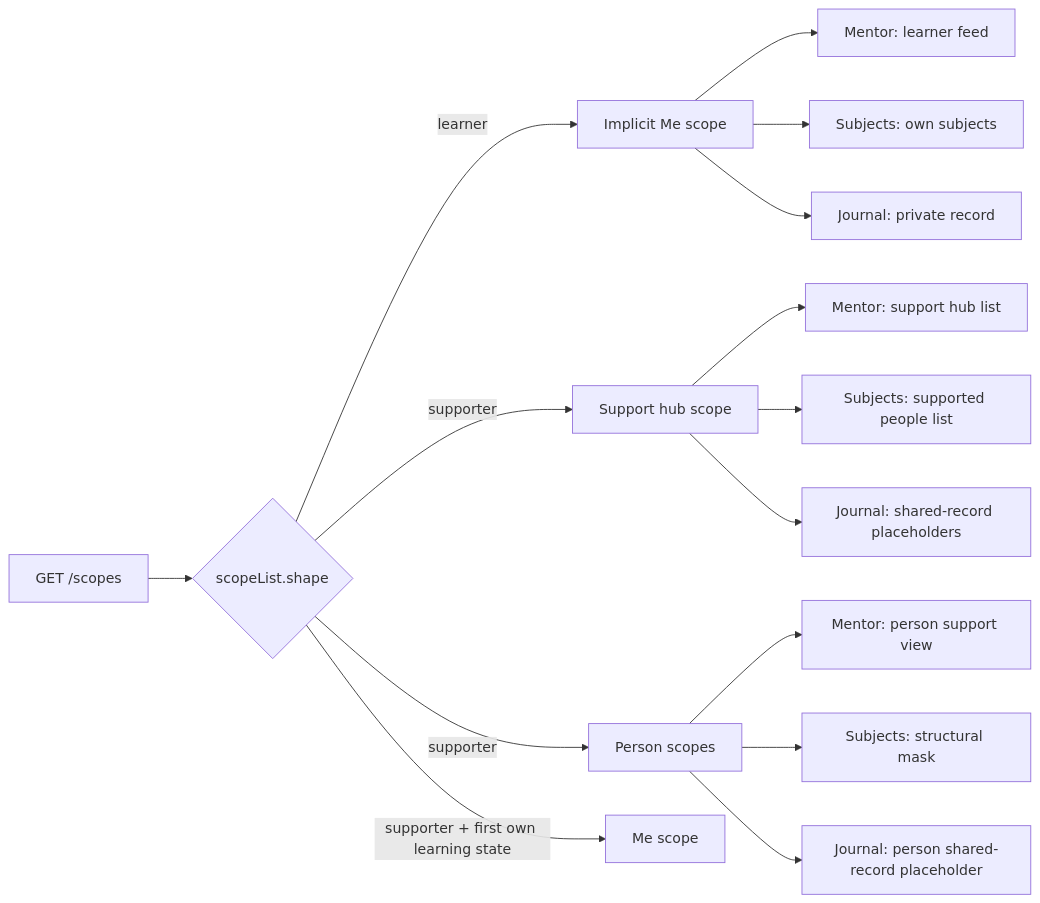
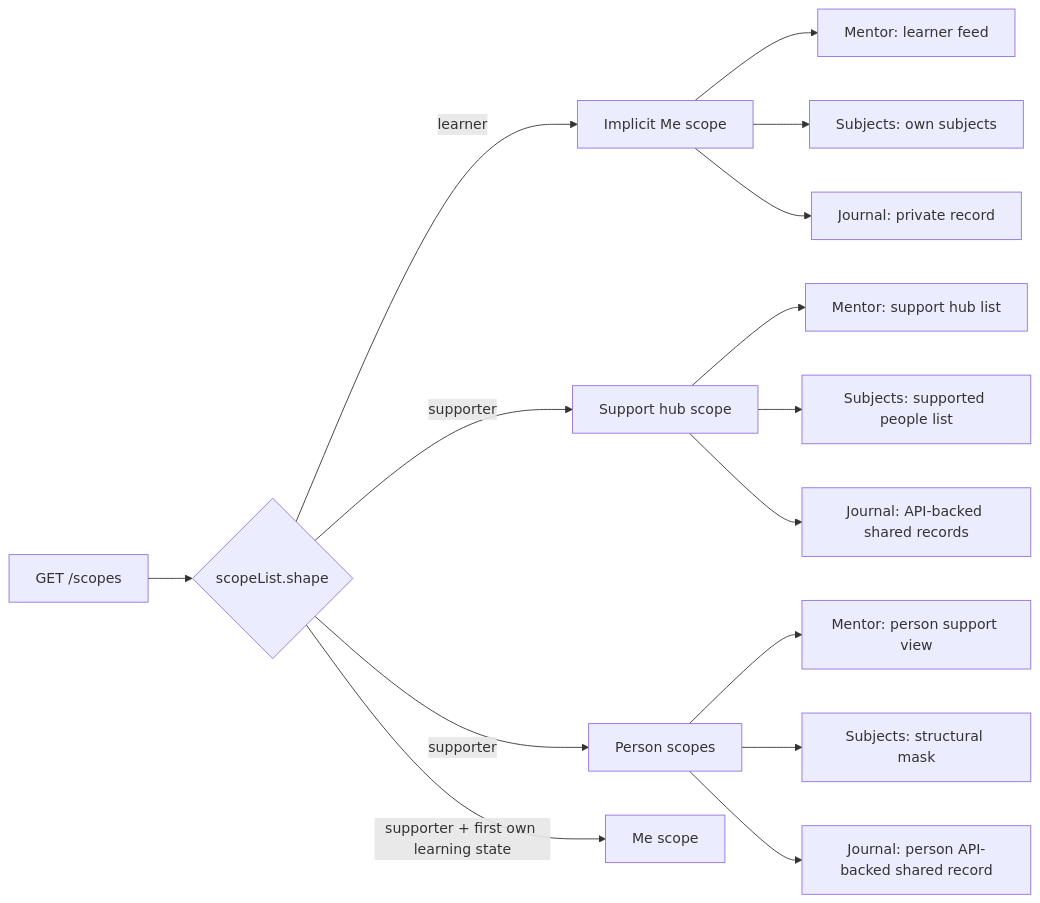
Before and after one commit to cognoco/eduagent-build: the second of 5 diagrams in docs/plans/v2-dossier/07-trigger-flow-logic-map.md, drawn with Mermaid. The commit also changed other lines of this file and 18 other files, not shown here.

First line of the commit message:
feat(v2): wire shared-record journal data [WI-1168]

````diff
--- a/docs/plans/v2-dossier/07-trigger-flow-logic-map.md
+++ b/docs/plans/v2-dossier/07-trigger-flow-logic-map.md
@@ -41,20 +41,20 @@
 ```mermaid
 flowchart LR
   API[GET /scopes] --> Shape{scopeList.shape}
   Shape -- learner --> Me[Implicit Me scope]
   Shape -- supporter --> Hub[Support hub scope]
   Shape -- supporter --> Person[Person scopes]
   Shape -- supporter + first own learning state --> Me2[Me scope]
 
   Me --> M1[Mentor: learner feed]
   Me --> S1[Subjects: own subjects]
   Me --> J1[Journal: private record]
 
   Hub --> M2[Mentor: support hub list]
   Hub --> S2[Subjects: supported people list]
-  Hub --> J2[Journal: shared-record placeholders]
+  Hub --> J2[Journal: API-backed shared records]
 
   Person --> M3[Mentor: person support view]
   Person --> S3[Subjects: structural mask]
-  Person --> J3[Journal: person shared-record placeholder]
+  Person --> J3[Journal: person API-backed shared record]
 ```
````
